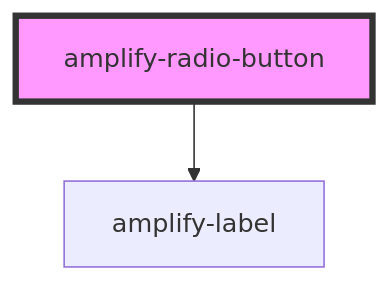
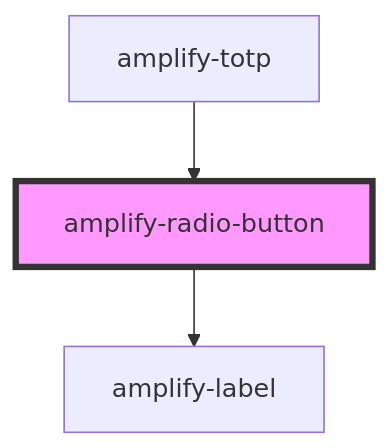
One commit to aws-amplify/amplify-js changed the diagram in packages/amplify-ui-components/src/components/amplify-radio-button/readme.md. Above: the diagram before and after it, drawn with Mermaid. The commit also changed other lines of this file and 8 other files, not shown here.

````diff
--- a/packages/amplify-ui-components/src/components/amplify-radio-button/readme.md
+++ b/packages/amplify-ui-components/src/components/amplify-radio-button/readme.md
@@ -28,5 +32,6 @@
 ```mermaid
 graph TD;
   amplify-radio-button --> amplify-label
+  amplify-totp --> amplify-radio-button
   style amplify-radio-button fill:#f9f,stroke:#333,stroke-width:4px
 ```
````
